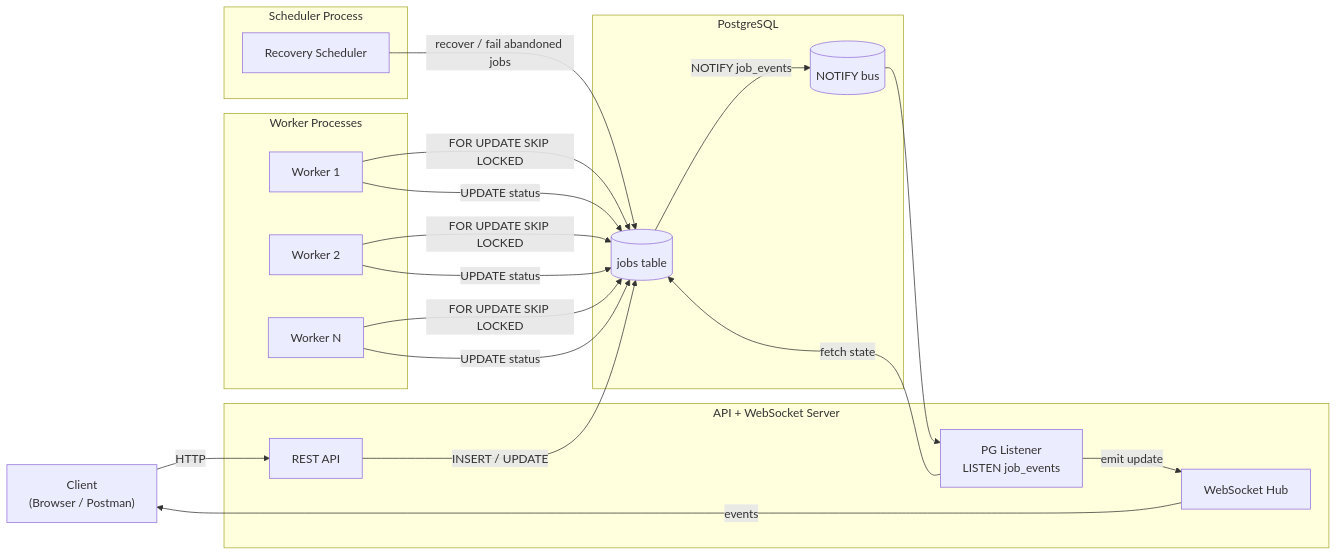
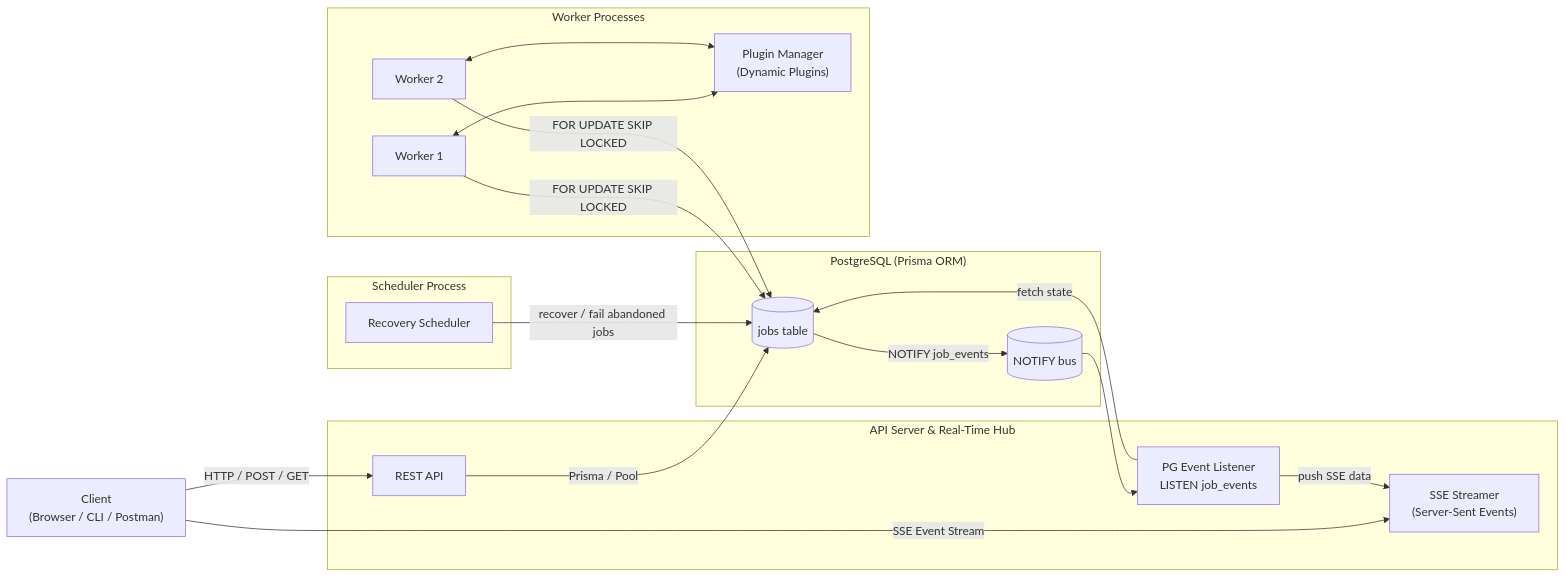
Before and after one commit to Mourya2044/Job-Queue: the diagram in README.md, drawn with Mermaid. The commit also changed other lines of this file and 27 other files, not shown here.

````diff
--- a/README.md
+++ b/README.md
@@ -27,46 +38,43 @@
 ```mermaid
 flowchart LR
-    Client["Client<br/>(Browser / Postman)"]
+    Client["Client<br/>(Browser / CLI / Postman)"]
 
-    subgraph API["API + WebSocket Server"]
+    subgraph API["API Server & Real-Time Hub"]
         HTTP["REST API"]
-        WS["WebSocket Hub"]
-        LISTENER["PG Listener<br/>LISTEN job_events"]
+        SSE["SSE Streamer<br/>(Server-Sent Events)"]
+        LISTENER["PG Event Listener<br/>LISTEN job_events"]
     end
 
-    subgraph DB["PostgreSQL"]
+    subgraph DB["PostgreSQL (Prisma ORM)"]
         JOBS[("jobs table")]
         NOTIFY[("NOTIFY bus")]
     end
 
     subgraph WORKERS["Worker Processes"]
         W1["Worker 1"]
         W2["Worker 2"]
-        WN["Worker N"]
+        PLUGINS["Plugin Manager<br/>(Dynamic Plugins)"]
     end
 
     subgraph SCHEDULER["Scheduler Process"]
         SCH["Recovery Scheduler"]
     end
 
-    Client -->|HTTP| HTTP
-    WS -->|events| Client
+    Client -->|HTTP / POST / GET| HTTP
+    Client -->|SSE Event Stream| SSE
 
-    HTTP -->|INSERT / UPDATE| JOBS
+    HTTP -->|Prisma / Pool| JOBS
 
     W1 -->|FOR UPDATE SKIP LOCKED| JOBS
     W2 -->|FOR UPDATE SKIP LOCKED| JOBS
-    WN -->|FOR UPDATE SKIP LOCKED| JOBS
-
-    W1 -->|UPDATE status| JOBS
-    W2 -->|UPDATE status| JOBS
-    WN -->|UPDATE status| JOBS
+    W1 <--> PLUGINS
+    W2 <--> PLUGINS
 
     SCH -->|recover / fail abandoned jobs| JOBS
 
     JOBS -->|NOTIFY job_events| NOTIFY
     NOTIFY --> LISTENER
 
     LISTENER -->|fetch state| JOBS
-    LISTENER -->|emit update| WS
+    LISTENER -->|push SSE data| SSE
 ```
````
